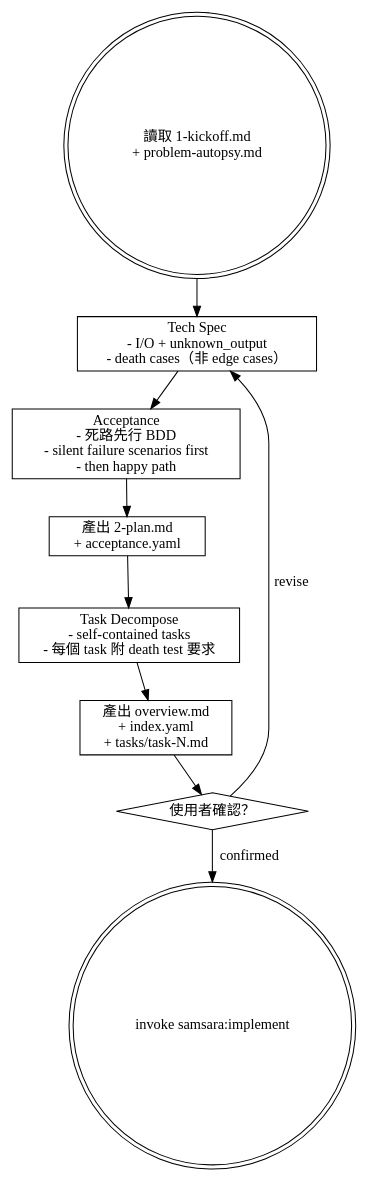
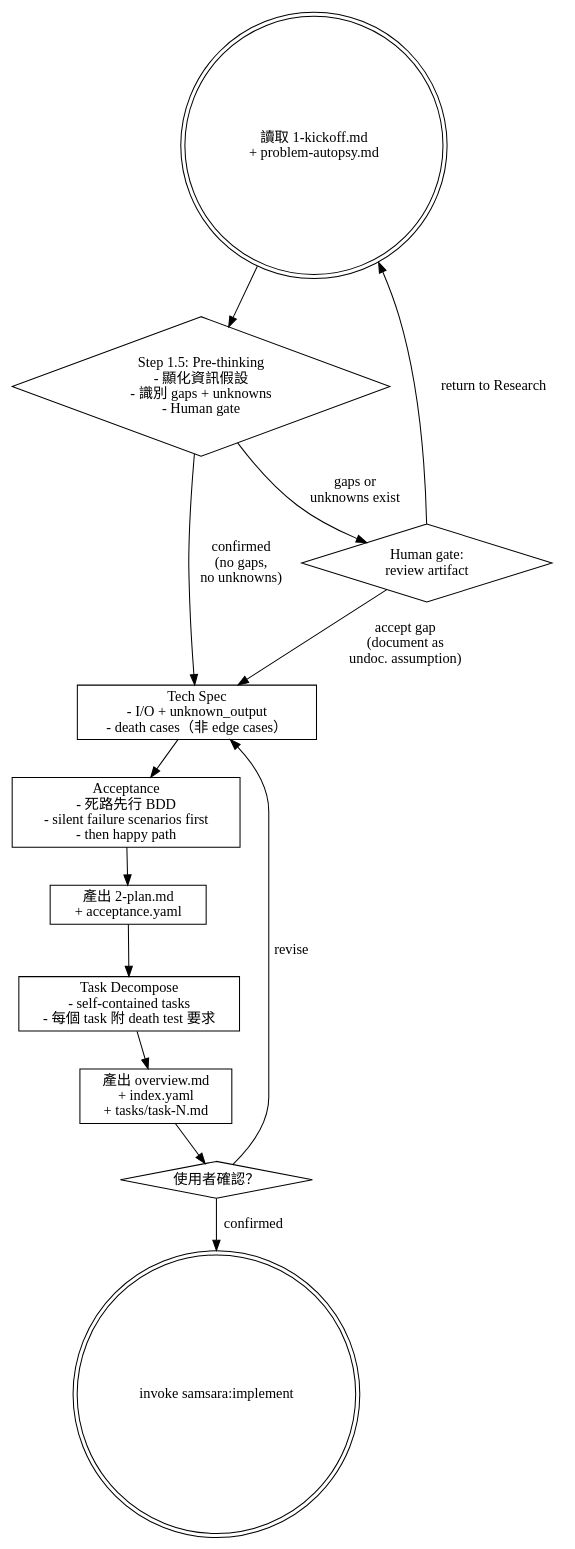
Before and after one commit to roymondliao/kaleidoscope-tools: the diagram in samsara/skills/planning/SKILL.md, drawn with Graphviz. The commit also changed other lines of this file and 11 other files, not shown here.

First line of the commit message:
feat(samsara): add Step 1.5 Pre-thinking gate to Planning skill

````diff
--- a/samsara/skills/planning/SKILL.md
+++ b/samsara/skills/planning/SKILL.md
@@ -20,23 +20,29 @@
 ```dot
 digraph planning {
     node [shape=box];
 
     start [label="讀取 1-kickoff.md\n+ problem-autopsy.md" shape=doublecircle];
+    prethink [label="Step 1.5: Pre-thinking\n- 顯化資訊假設\n- 識別 gaps + unknowns\n- Human gate" shape=diamond];
     spec [label="Tech Spec\n- I/O + unknown_output\n- death cases（非 edge cases）"];
     acceptance [label="Acceptance\n- 死路先行 BDD\n- silent failure scenarios first\n- then happy path"];
     plan [label="產出 2-plan.md\n+ acceptance.yaml"];
     decompose [label="Task Decompose\n- self-contained tasks\n- 每個 task 附 death test 要求"];
     output [label="產出 overview.md\n+ index.yaml\n+ tasks/task-N.md"];
     gate [label="使用者確認？" shape=diamond];
     next [label="invoke samsara:implement" shape=doublecircle];
 
-    start -> spec;
+    start -> prethink;
+    prethink -> spec [label="confirmed\n(no gaps,\nno unknowns)"];
+    prethink -> human_pt [label="gaps or\nunknowns exist"];
+    human_pt [label="Human gate:\nreview artifact" shape=diamond];
+    human_pt -> start [label="return to Research"];
+    human_pt -> spec [label="accept gap\n(document as\nundoc. assumption)"];
     spec -> acceptance;
     acceptance -> plan;
     plan -> decompose;
     decompose -> output;
     output -> gate;
     gate -> next [label="confirmed"];
     gate -> spec [label="revise"];
 }
 ```
````
